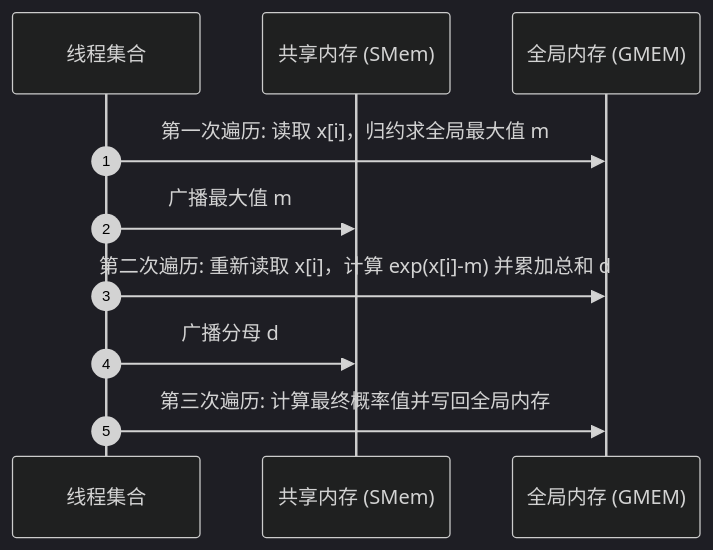
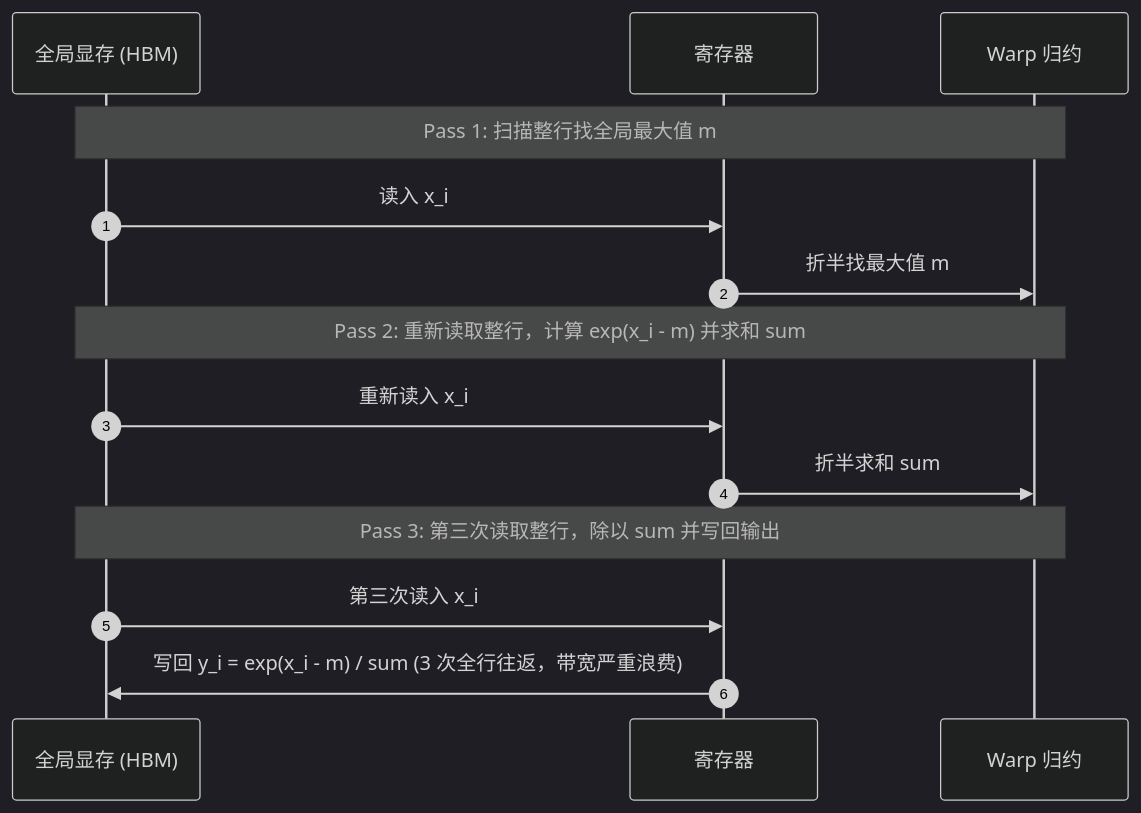
Before and after one commit to hsthanb4/hpclearning: the second of 2 diagrams in cuda/lesson06_softmax_naive.qmd, drawn with Mermaid (dark theme). The commit also changed other lines of this file and 89 other files, not shown here.

Commit message:
style(docs): relocate images and diagrams adjacent to their textual references across all lessons

````diff
--- a/cuda/lesson06_softmax_naive.qmd
+++ b/cuda/lesson06_softmax_naive.qmd
@@ -42,13 +61,17 @@
 ```{mermaid}
 sequenceDiagram
     autonumber
-    participant T as 线程集合
-    participant S as 共享内存 (SMem)
-    participant G as 全局内存 (GMEM)
+    participant GM as 全局显存 (HBM)
+    participant Reg as 寄存器
+    participant W as Warp 归约
 
-    T->>G: 第一次遍历: 读取 x[i]，归约求全局最大值 m
-    T->>S: 广播最大值 m
-    T->>G: 第二次遍历: 重新读取 x[i]，计算 exp(x[i]-m) 并累加总和 d
-    T->>S: 广播分母 d
-    T->>G: 第三次遍历: 计算最终概率值并写回全局内存
+    Note over GM,W: Pass 1: 扫描整行找全局最大值 m
+    GM->>Reg: 读入 x_i
+    Reg->>W: 折半找最大值 m
+    Note over GM,W: Pass 2: 重新读取整行，计算 exp(x_i - m) 并求和 sum
+    GM->>Reg: 重新读入 x_i
+    Reg->>W: 折半求和 sum
+    Note over GM,W: Pass 3: 第三次读取整行，除以 sum 并写回输出
+    GM->>Reg: 第三次读入 x_i
+    Reg->>GM: 写回 y_i = exp(x_i - m) / sum (3 次全行往返，带宽严重浪费)
 ```
````
